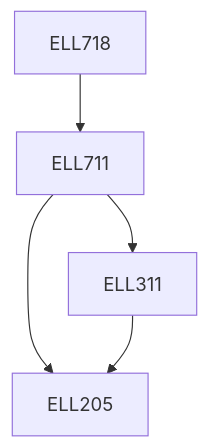
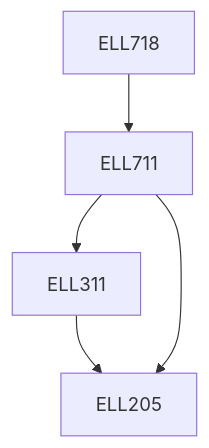
The diagram in content/Electrical Engineering/ELL718.md (KeshavBansal0122/CoS_Website), drawn with Mermaid before and after one commit. The commit also changed other lines of this file and 2667 other files, not shown here.

````diff
--- a/content/Electrical Engineering/ELL718.md
+++ b/content/Electrical Engineering/ELL718.md
@@ -15,7 +13,11 @@
 ```mermaid
-graph TD
-ELL718 --> ELL711
-ELL711 --> ELL205
-ELL711 --> ELL311
-ELL311 --> ELL205
+flowchart TD
+ELL718-349[ELL718]
+ELL311-349 --> ELL205-349[ELL205]
+ELL711-349 --> ELL311-349[ELL311]
+ELL718-349 --> ELL711-349[ELL711]
+ELL711-349 --> ELL205-349[ELL205]
+
+classDef empty height:17px, fill:transparent, stroke:transparent;
+classDef trueEmpty height:0px, width:0px;
 ```
````
